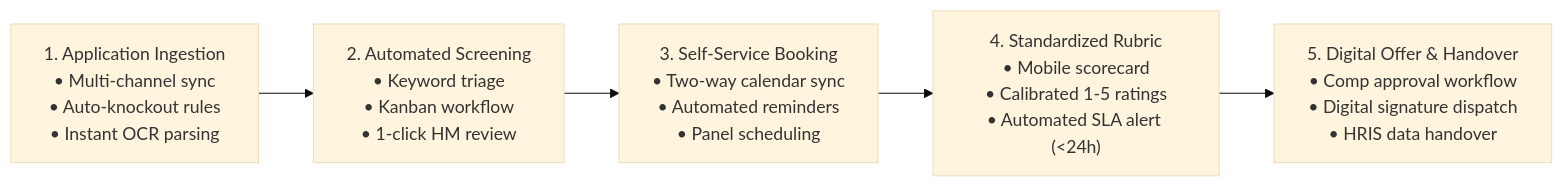
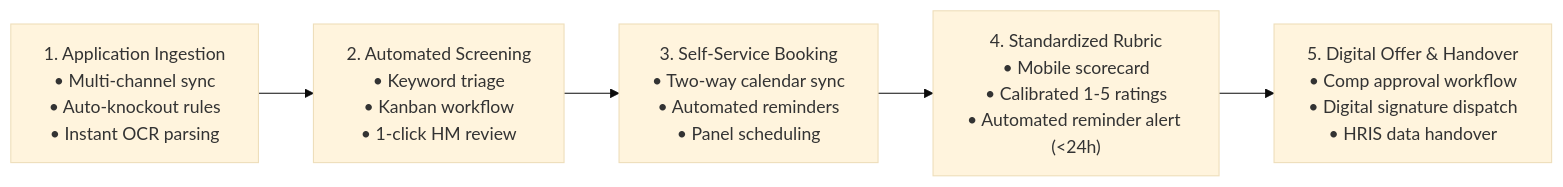
The third of 5 diagrams in README.md (namrathach10/recruitment-ats-business-analysis), drawn with Mermaid (base theme) before and after one commit. The commit also changed other lines of this file and 7 other files, not shown here.

````diff
--- a/README.md
+++ b/README.md
@@ -129,7 +129,7 @@
 ```mermaid
 flowchart LR
     A["1. Application Ingestion<br/>• Multi-channel sync<br/>• Auto-knockout rules<br/>• Instant OCR parsing"] --> B["2. Automated Screening<br/>• Keyword triage<br/>• Kanban workflow<br/>• 1-click HM review"]
     B --> C["3. Self-Service Booking<br/>• Two-way calendar sync<br/>• Automated reminders<br/>• Panel scheduling"]
-    C --> D["4. Standardized Rubric<br/>• Mobile scorecard<br/>• Calibrated 1-5 ratings<br/>• Automated SLA alert (<24h)"]
+    C --> D["4. Standardized Rubric<br/>• Mobile scorecard<br/>• Calibrated 1-5 ratings<br/>• Automated reminder alert (<24h)"]
     D --> E["5. Digital Offer & Handover<br/>• Comp approval workflow<br/>• Digital signature dispatch<br/>• HRIS data handover"]
 ```
````
